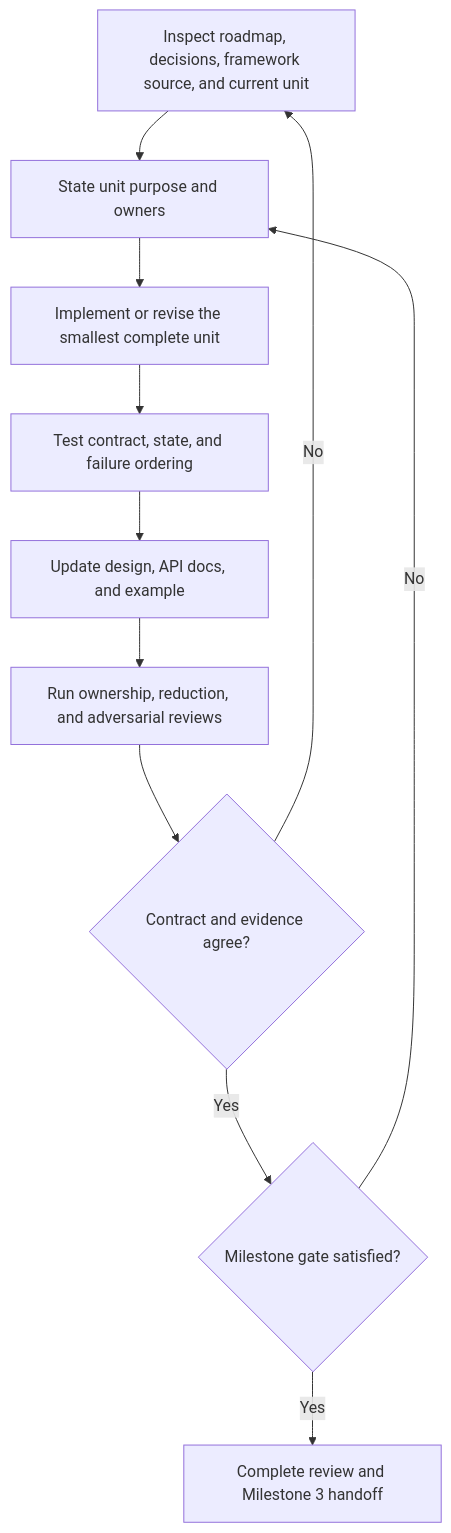
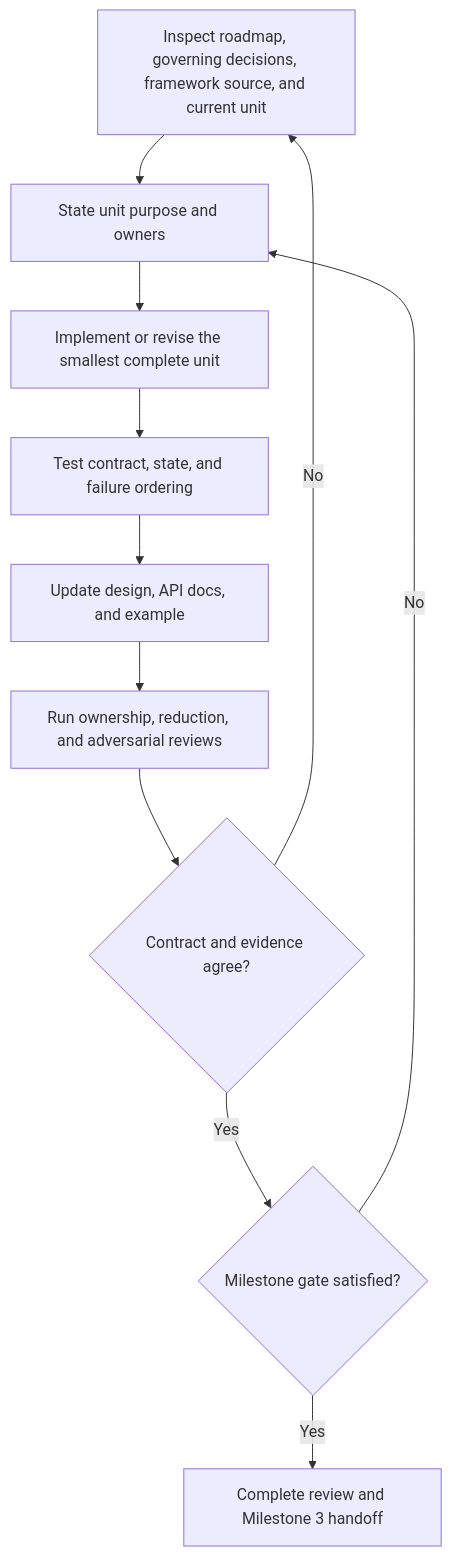
The diagram in docs/milestones/evolutionary_controller_plan.md (smithblack-0/ClanBasedTuning), drawn with Mermaid before and after one commit. The commit also changed other lines of this file, not shown here.

Commit message:
Correct Milestone 2 plan authority without demoting accepted decisions

````diff
--- a/docs/milestones/evolutionary_controller_plan.md
+++ b/docs/milestones/evolutionary_controller_plan.md
@@ -45,13 +56,13 @@
 ```mermaid
 flowchart TD
-    A[Inspect roadmap, decisions, framework source, and current unit] --> B[State unit purpose and owners]
+    A[Inspect roadmap, governing decisions, framework source, and current unit] --> B[State unit purpose and owners]
     B --> C[Implement or revise the smallest complete unit]
     C --> D[Test contract, state, and failure ordering]
     D --> E[Update design, API docs, and example]
     E --> F[Run ownership, reduction, and adversarial reviews]
     F --> G{Contract and evidence agree?}
     G -- No --> A
     G -- Yes --> H{Milestone gate satisfied?}
     H -- No --> B
     H -- Yes --> I[Complete review and Milestone 3 handoff]
 ```
````
